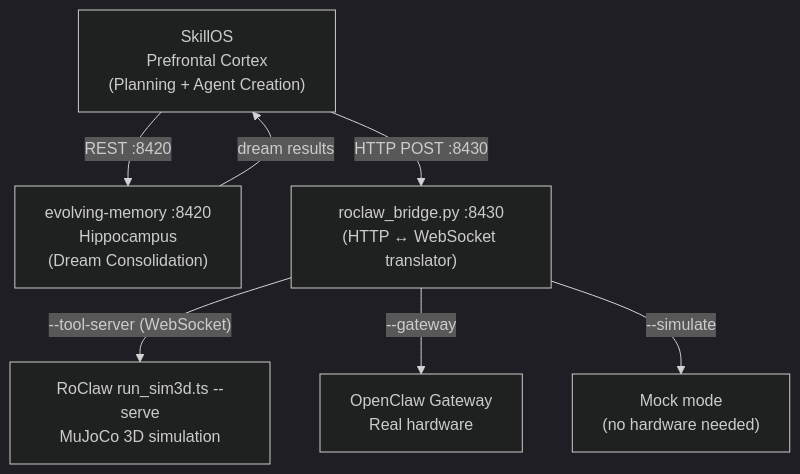
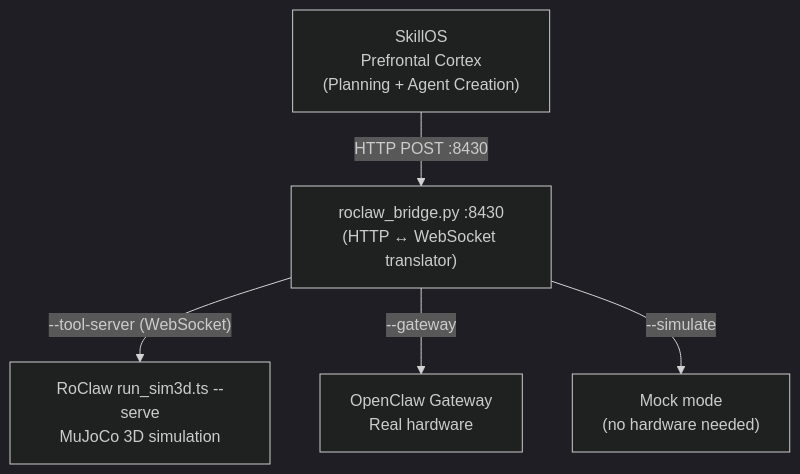
The diagram in docs/robot.md (EvolvingAgentsLabs/skillos), drawn with Mermaid (dark theme) before and after one commit. The commit also changed other lines of this file and 3 other files, not shown here.

````diff
--- a/docs/robot.md
+++ b/docs/robot.md
@@ -21,16 +16,13 @@
 ```mermaid
 flowchart TD
     SK["SkillOS\nPrefrontal Cortex\n(Planning + Agent Creation)"]
-    EM["evolving-memory :8420\nHippocampus\n(Dream Consolidation)"]
     BR["roclaw_bridge.py :8430\n(HTTP ↔ WebSocket translator)"]
     TS["RoClaw run_sim3d.ts --serve\nMuJoCo 3D simulation"]
     GW["OpenClaw Gateway\nReal hardware"]
     MK["Mock mode\n(no hardware needed)"]
 
-    SK --"REST :8420"--> EM
     SK --"HTTP POST :8430"--> BR
     BR --"--tool-server (WebSocket)"--> TS
     BR --"--gateway"--> GW
     BR --"--simulate"--> MK
-    EM --"dream results"--> SK
 ```
````
